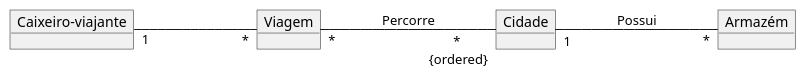
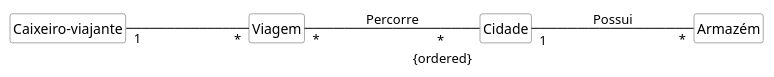
One commit to kyriosdata/oo changed the diagram in imagens/modelos-02/mod02ima08/mod02ima08.plantuml. Above: the diagram before and after it, drawn with PlantUML. The commit also changed 26 other files, not shown here.

```diff
--- a/imagens/modelos-02/mod02ima08/mod02ima08.plantuml
+++ b/imagens/modelos-02/mod02ima08/mod02ima08.plantuml
@@ -1,10 +1,19 @@
 @startuml mod02ima08
-object "Caixeiro-viajante" as ca
-object "Viagem" as vi
-object "Cidade" as ci
-object "Armazém" as ar
+hide circle
+hide methods
+hide empty members
+
+skinparam class {
+    BackgroundColor White
+    ArrowColor Black
+    BorderColor #505050
+}
+class "Caixeiro-viajante" as ca
+class "Viagem" as vi
+class "Cidade" as ci
+class "Armazém" as ar
 left to right direction
 ca"1" --- "*"vi
 vi"*" --- " * \n {ordered}"ci : Percorre
 ci"1" --- "*"ar : Possui
 @enduml
```
